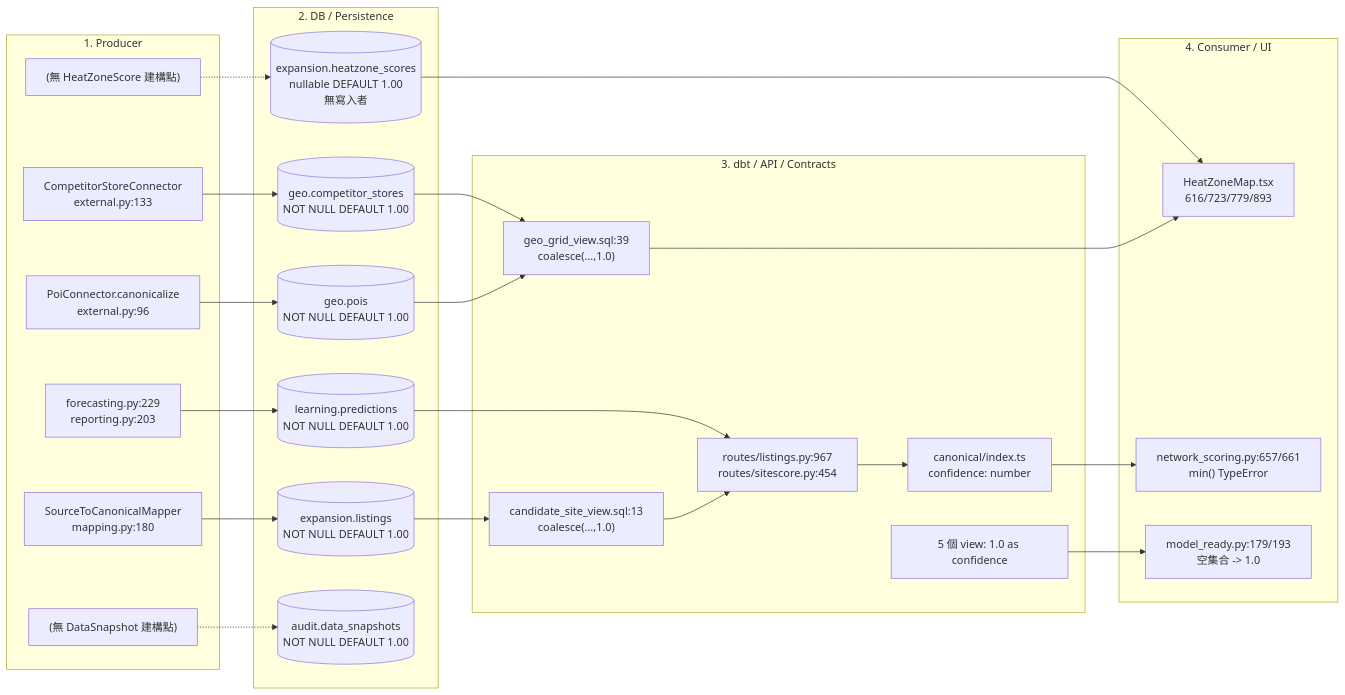
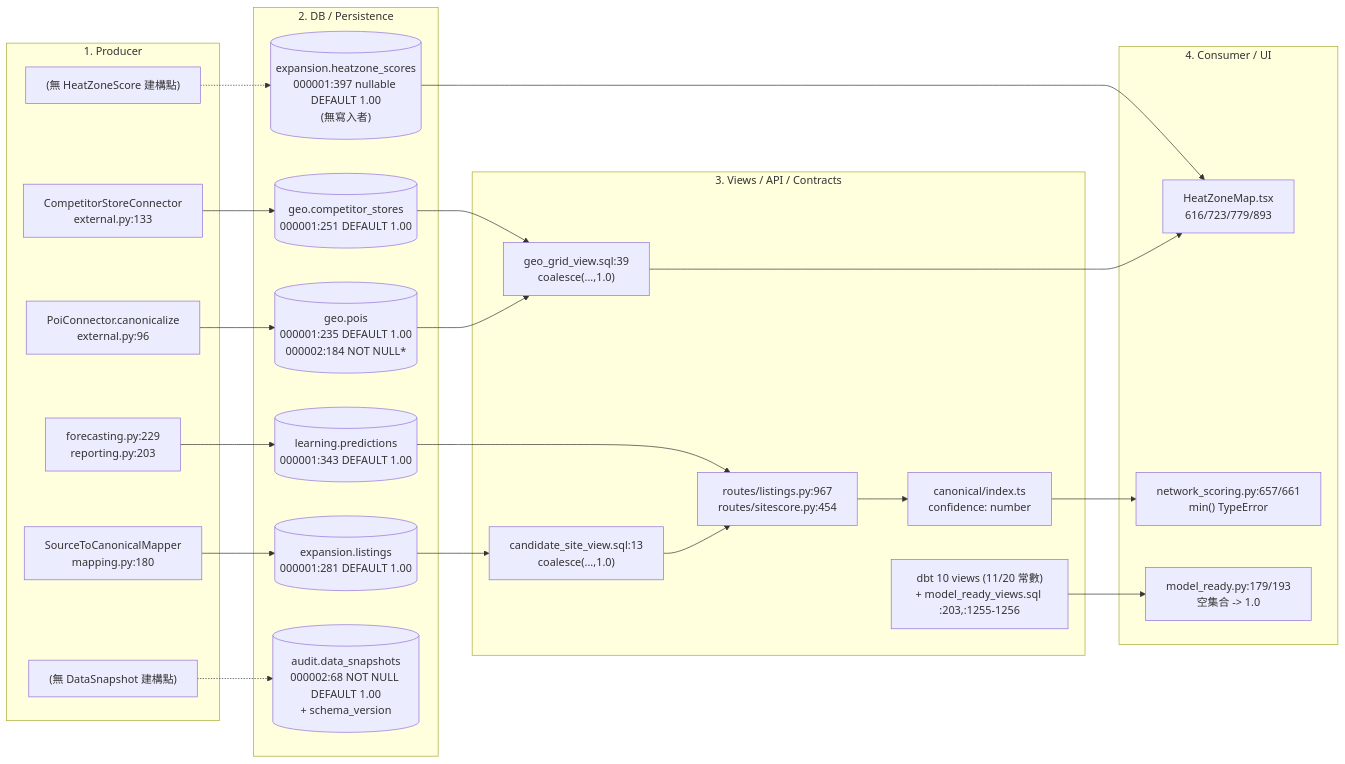
The first of 2 diagrams in docs/evidence/ODP_CANONICAL_MEASUREMENT_LINEAGE_2026-09-03.md (alfloop-dev/odayplus), drawn with Mermaid before and after one commit. The commit also changed other lines of this file, not shown here.

First line of the commit message:
ODP-CANONICAL-LEGACY-LINEAGE-001: complete lineage report review fixes

````diff
--- a/docs/evidence/ODP_CANONICAL_MEASUREMENT_LINEAGE_2026-09-03.md
+++ b/docs/evidence/ODP_CANONICAL_MEASUREMENT_LINEAGE_2026-09-03.md
@@ -108,42 +83,63 @@
 ```mermaid
 flowchart LR
     subgraph S1["1. Producer"]
-        P1["PoiConnector.canonicalize\nexternal.py:96"]
-        P2["CompetitorStoreConnector\nexternal.py:133"]
-        P3["SourceToCanonicalMapper\nmapping.py:180"]
-        P4["forecasting.py:229\nreporting.py:203"]
+        P1["PoiConnector.canonicalize
+external.py:96"]
+        P2["CompetitorStoreConnector
+external.py:133"]
+        P3["SourceToCanonicalMapper
+mapping.py:180"]
+        P4["forecasting.py:229
+reporting.py:203"]
         P5["(無 HeatZoneScore 建構點)"]
         P6["(無 DataSnapshot 建構點)"]
     end
 
     subgraph S2["2. DB / Persistence"]
-        DB1[("geo.pois\nNOT NULL DEFAULT 1.00")]
-        DB2[("geo.competitor_stores\nNOT NULL DEFAULT 1.00")]
-        DB3[("expansion.listings\nNOT NULL DEFAULT 1.00")]
-        DB4[("learning.predictions\nNOT NULL DEFAULT 1.00")]
-        DB5[("expansion.heatzone_scores\nnullable DEFAULT 1.00\n無寫入者")]
-        DB6[("audit.data_snapshots\nNOT NULL DEFAULT 1.00")]
+        DB1[("geo.pois
+000001:235 DEFAULT 1.00
+000002:184 NOT NULL*")]
+        DB2[("geo.competitor_stores
+000001:251 DEFAULT 1.00")]
+        DB3[("expansion.listings
+000001:281 DEFAULT 1.00")]
+        DB4[("learning.predictions
+000001:343 DEFAULT 1.00")]
+        DB5[("expansion.heatzone_scores
+000001:397 nullable DEFAULT 1.00
+(無寫入者)")]
+        DB6[("audit.data_snapshots
+000002:68 NOT NULL DEFAULT 1.00
++ schema_version")]
     end
 
-    subgraph S3["3. dbt / API / Contracts"]
-        V1["geo_grid_view.sql:39\ncoalesce(...,1.0)"]
-        V2["candidate_site_view.sql:13\ncoalesce(...,1.0)"]
-        V3["5 個 view: 1.0 as confidence"]
-        A1["routes/listings.py:967\nroutes/sitescore.py:454"]
-        A2["canonical/index.ts\nconfidence: number"]
+    subgraph S3["3. Views / API / Contracts"]
+        V1["geo_grid_view.sql:39
+coalesce(...,1.0)"]
+        V2["candidate_site_view.sql:13
+coalesce(...,1.0)"]
+        V3["dbt 10 views (11/20 常數)
++ model_ready_views.sql :203,:1255-1256"]
+        A1["routes/listings.py:967
+routes/sitescore.py:454"]
+        A2["canonical/index.ts
+confidence: number"]
     end
 
     subgraph S4["4. Consumer / UI"]
-        U1["HeatZoneMap.tsx\n616/723/779/893"]
-        U2["network_scoring.py:657/661\nmin() TypeError"]
-        U3["model_ready.py:179/193\n空集合 -> 1.0"]
+        U1["HeatZoneMap.tsx
+616/723/779/893"]
+        U2["network_scoring.py:657/661
+min() TypeError"]
+        U3["model_ready.py:179/193
+空集合 -> 1.0"]
     end
 
     P1 --> DB1 --> V1 --> U1
     P2 --> DB2 --> V1
     P3 --> DB3 --> V2 --> A1 --> A2 --> U2
     P4 --> DB4 --> A1
     P5 -.-> DB5 --> U1
     P6 -.-> DB6
     V3 --> U3
 ```
````
